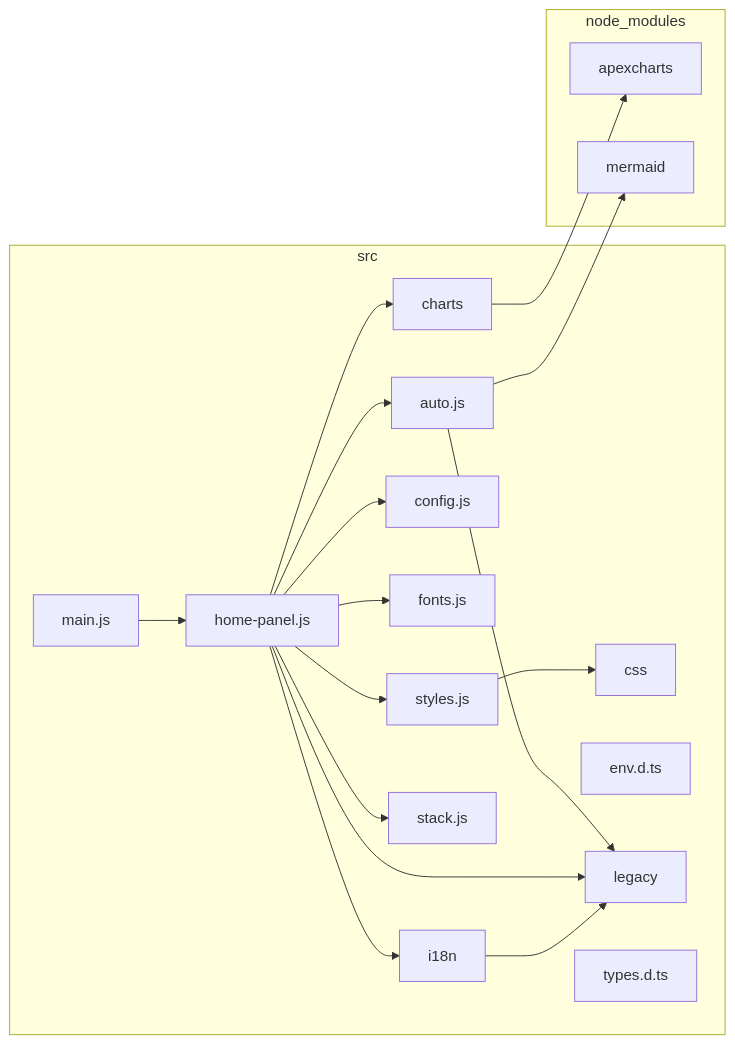
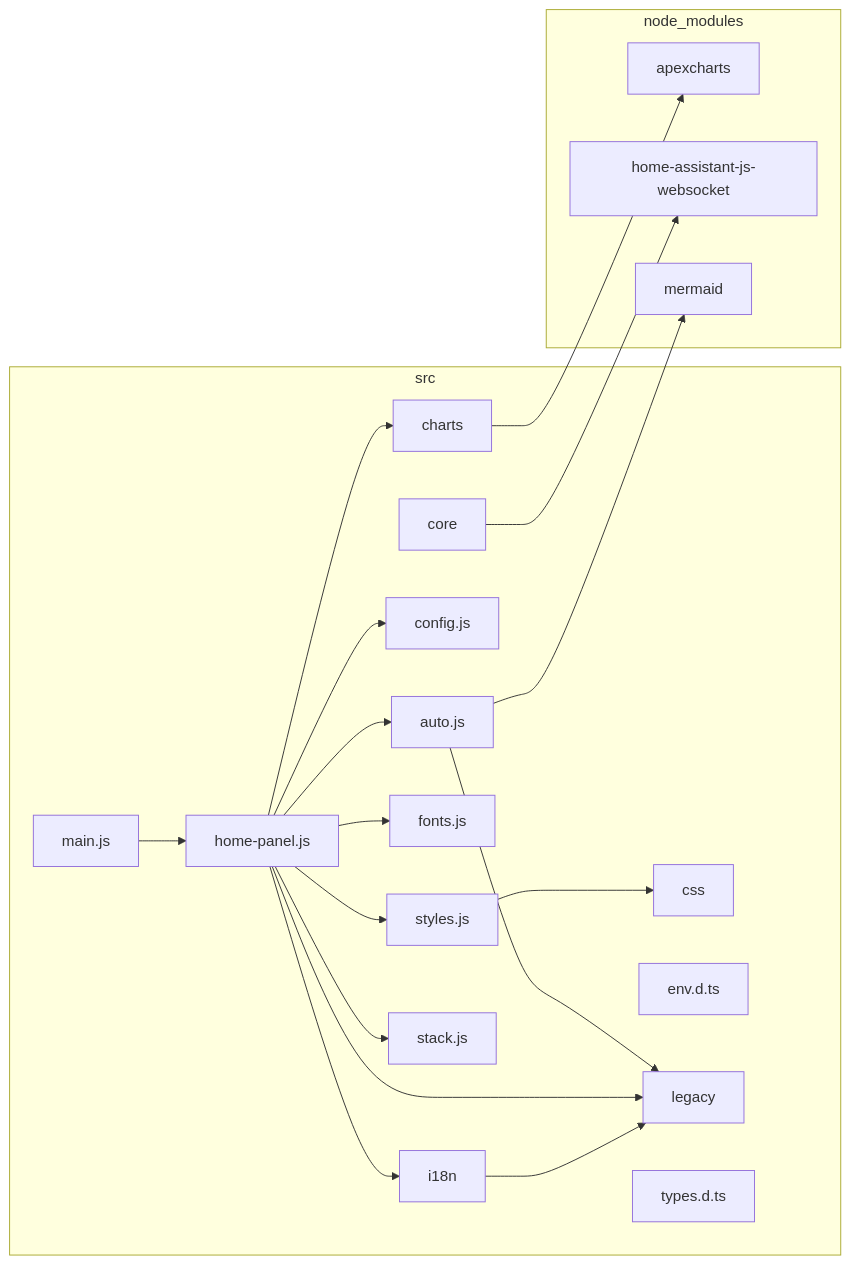
One commit to pldelisle/ha-home-panel changed the diagram in docs/architecture/dependency-graph.md. Above: the diagram before and after it, drawn with Mermaid. The commit also changed 16 other files, not shown here.

First line of the commit message:
Store, expand (core side): per-element store, PanelHass, settings, fake hass, bench, ADR 0012 (#125)

````diff
--- a/docs/architecture/dependency-graph.md
+++ b/docs/architecture/dependency-graph.md
@@ -5,37 +5,40 @@
 ```mermaid
 flowchart LR
 
 subgraph 0["node_modules"]
 1["apexcharts"]
-2["mermaid"]
+2["home-assistant-js-websocket"]
+3["mermaid"]
 end
-subgraph 3["src"]
-4["auto.js"]
-5["charts"]
-6["config.js"]
-7["css"]
-8["env.d.ts"]
-9["fonts.js"]
-A["home-panel.js"]
-B["i18n"]
-C["legacy"]
-D["main.js"]
-E["stack.js"]
-F["styles.js"]
-G["types.d.ts"]
+subgraph 4["src"]
+5["auto.js"]
+6["charts"]
+7["config.js"]
+8["core"]
+9["css"]
+A["env.d.ts"]
+B["fonts.js"]
+C["home-panel.js"]
+D["i18n"]
+E["legacy"]
+F["main.js"]
+G["stack.js"]
+H["styles.js"]
+I["types.d.ts"]
 end
-4-->C
-4-->2
-5-->1
-A-->4
-A-->5
-A-->6
-A-->9
-A-->B
-A-->C
-A-->E
-A-->F
-B-->C
-D-->A
-F-->7
+5-->E
+5-->3
+6-->1
+8-->2
+C-->5
+C-->6
+C-->7
+C-->B
+C-->D
+C-->E
+C-->G
+C-->H
+D-->E
+F-->C
+H-->9
 ```
````
